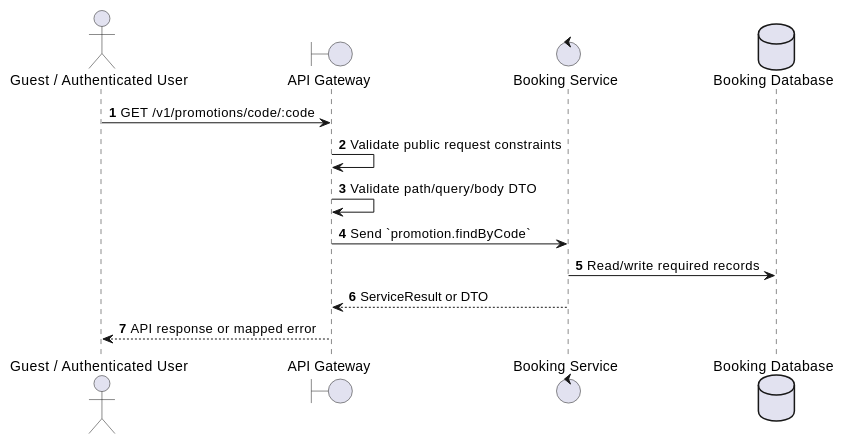
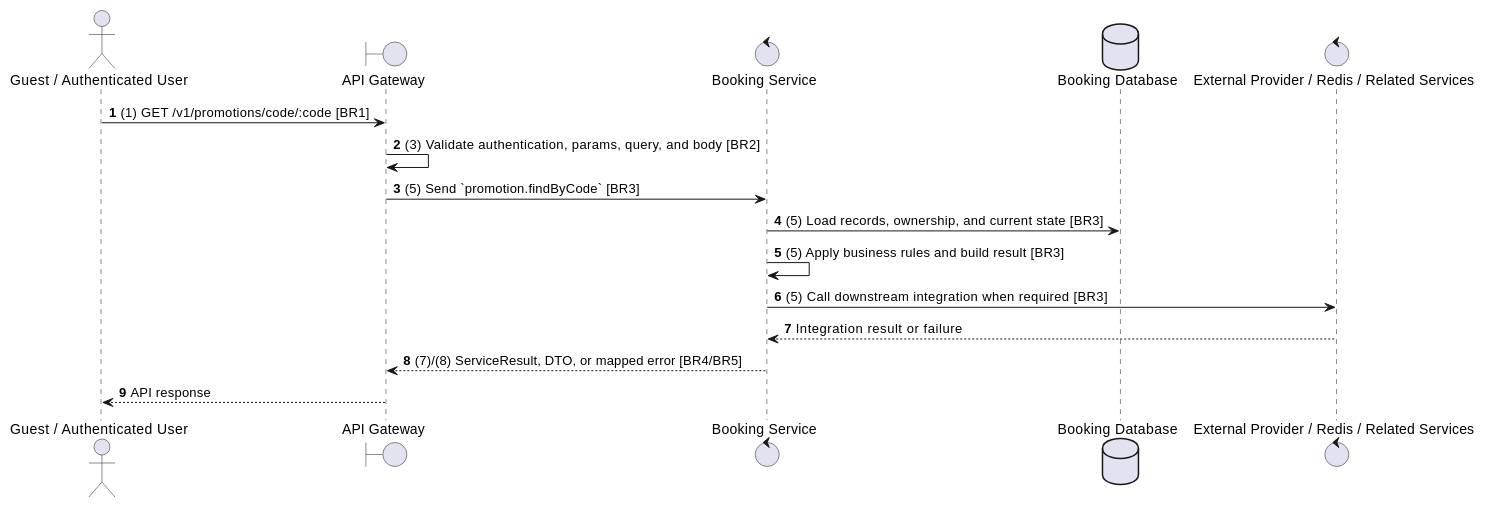
Before and after one commit to Tanh1603/movie-hub-architecture: the second of 2 diagrams in docs/functional_specs/3.10_Promotions_Discounts_Module/PM-03_Find_Promotion_by_Code.md, drawn with PlantUML. The commit also changed other lines of this file and 129 other files, not shown here.

````diff
--- a/docs/functional_specs/3.10_Promotions_Discounts_Module/PM-03_Find_Promotion_by_Code.md
+++ b/docs/functional_specs/3.10_Promotions_Discounts_Module/PM-03_Find_Promotion_by_Code.md
@@ -17,17 +64,20 @@
 ```plantuml
 @startuml
 autonumber
 actor "Guest / Authenticated User" as Actor
 boundary "API Gateway" as GW
 control "Booking Service" as SVC
 database "Booking Database" as DB
+control "External Provider / Redis / Related Services" as EXT
 
-Actor -> GW: GET /v1/promotions/code/:code
-GW -> GW: Validate public request constraints
-GW -> GW: Validate path/query/body DTO
-GW -> SVC: Send `promotion.findByCode`
-SVC -> DB: Read/write required records
-SVC --> GW: ServiceResult or DTO
-GW --> Actor: API response or mapped error
+Actor -> GW: (1) GET /v1/promotions/code/:code [BR1]
+GW -> GW: (3) Validate authentication, params, query, and body [BR2]
+GW -> SVC: (5) Send `promotion.findByCode` [BR3]
+SVC -> DB: (5) Load records, ownership, and current state [BR3]
+SVC -> SVC: (5) Apply business rules and build result [BR3]
+SVC -> EXT: (5) Call downstream integration when required [BR3]
+EXT --> SVC: Integration result or failure
+SVC --> GW: (7)/(8) ServiceResult, DTO, or mapped error [BR4/BR5]
+GW --> Actor: API response
 @enduml
 ```
````
